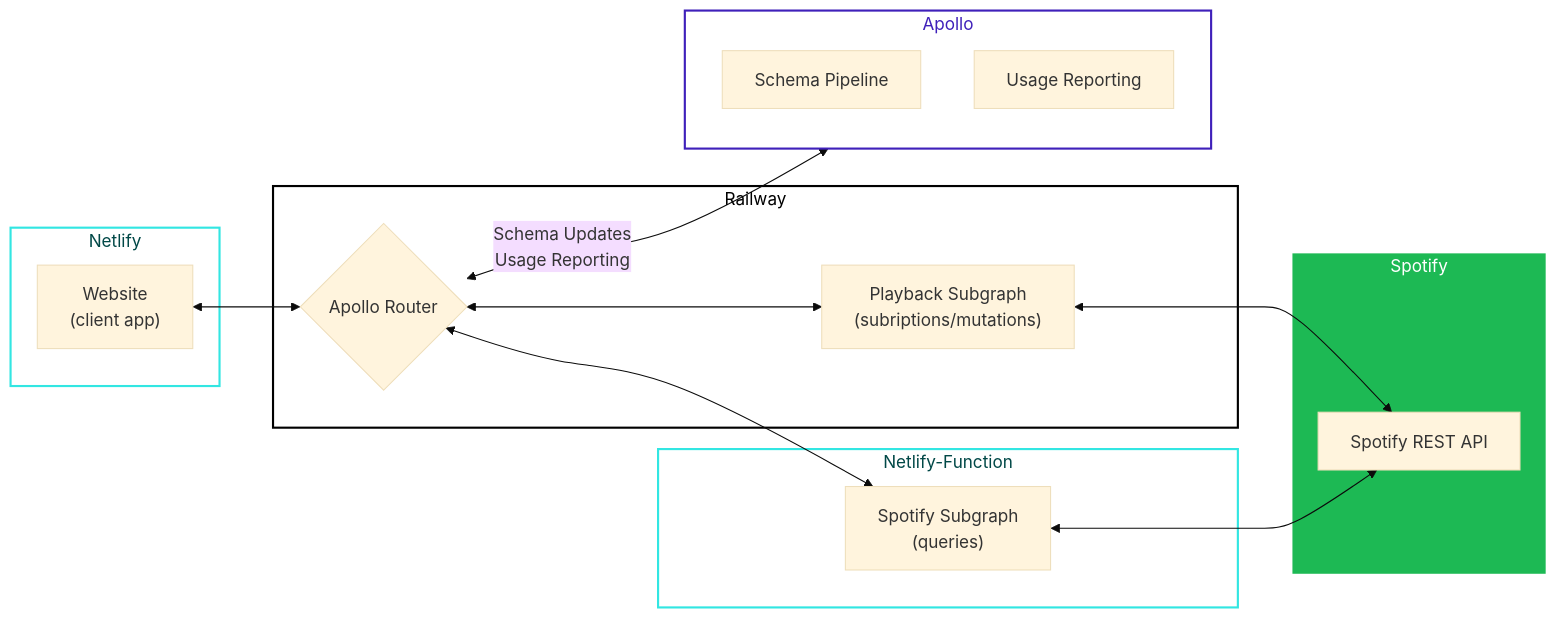
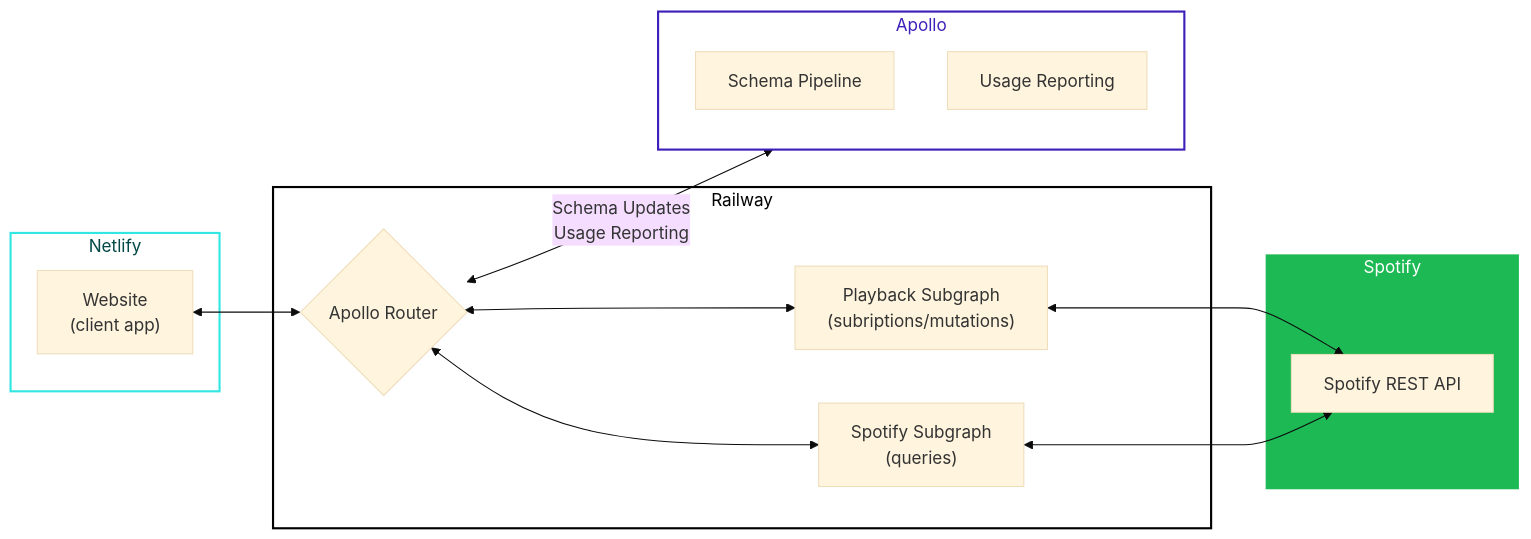
Before and after one commit to apollographql/spotify-showcase: the diagram in README.md, drawn with Mermaid (base theme). The commit also changed other lines of this file and 3 other files, not shown here.

````diff
--- a/README.md
+++ b/README.md
@@ -15,43 +15,40 @@
 ```mermaid
 graph LR;
 
 subgraph "Netlify"
   web["Website\n(client app)"]
 end
 
 subgraph "Railway"
   router{"Apollo Router"}
   playbackSubgraph["Playback Subgraph\n(subriptions/mutations)"]
-end
-
-subgraph "Netlify-Function"
   spotifySubgraph["Spotify Subgraph\n(queries)"]
 end
 
 subgraph "Apollo"
   schema["Schema Pipeline"]
   usage["Usage Reporting"]
 end
 
 subgraph "Spotify"
   spotifyREST[Spotify REST API]
 end
 
 web <--> router
 router <-->|Schema Updates\nUsage Reporting| Apollo
 router <--> spotifySubgraph
 router <--> playbackSubgraph
 playbackSubgraph <--> spotifyREST
 spotifySubgraph <--> spotifyREST
 
 classDef spotifyBox color:#FFFFFF,fill:#1DB954,stroke:#FFFFFF,stroke-width:2px;
 classDef netlifyBox color:#014847,fill:#FFFFFF,stroke:#32e6e2,stroke-width:2px;
 classDef railwayBox color:#000000,fill:#FFFFFF,stroke:#000000,stroke-width:2px;
 classDef apolloBox color:#3f20ba,fill:#FFFFFF,stroke:#3f20ba,stroke-width:2px;
 
 class Spotify spotifyBox
 class Netlify netlifyBox
 class Netlify-Function netlifyBox
 class Railway railwayBox
 class Apollo apolloBox
 ```
````
